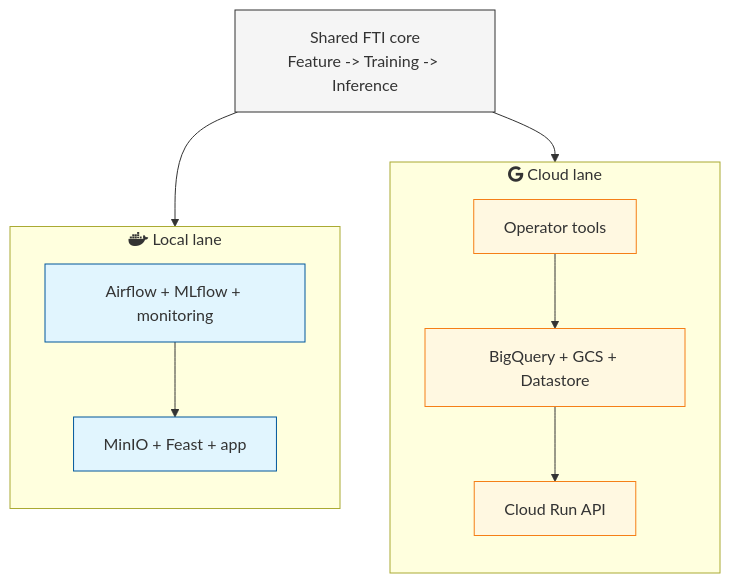
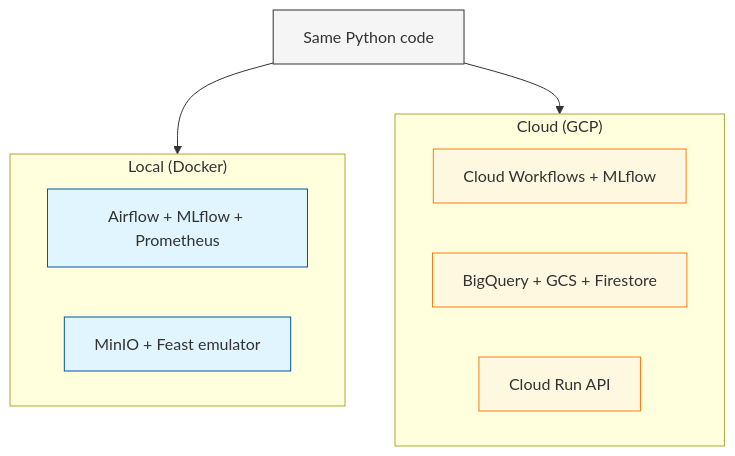
The diagram in docs/site/system/cloud-mapping.md (javihslu/foehncast), drawn with Mermaid before and after one commit. The commit also changed other lines of this file and 12 other files, not shown here.

```diff
--- a/docs/site/system/cloud-mapping.md
+++ b/docs/site/system/cloud-mapping.md
@@ -46,27 +7,24 @@
 <div class="mermaid">
 flowchart TD
     classDef core fill:#f5f5f5,stroke:#333
     classDef local fill:#e1f5fe,stroke:#01579b
     classDef cloud fill:#fff8e1,stroke:#f57f17
 
-    CORE["Shared FTI core\nFeature -> Training -> Inference"]:::core
+    CORE["Same Python code"]:::core
 
-    subgraph LocalSurface ["fab:fa-docker Local lane"]
-        direction TB
-        LSUP["Airflow + MLflow + monitoring"]:::local
-        LAPP["MinIO + Feast + app"]:::local
-        LSUP --> LAPP
+    subgraph Local ["Local (Docker)"]
+        direction LR
+        LSUP["Airflow + MLflow + Prometheus"]:::local
+        LDATA["MinIO + Feast emulator"]:::local
     end
 
-    subgraph CloudSurface ["fab:fa-google Cloud lane"]
-        direction TB
-        COPS["Operator tools"]:::cloud
-        CDATA["BigQuery + GCS + Datastore"]:::cloud
+    subgraph Cloud ["Cloud (GCP)"]
+        direction LR
+        COPS["Cloud Workflows + MLflow"]:::cloud
+        CDATA["BigQuery + GCS + Firestore"]:::cloud
         CAPI["Cloud Run API"]:::cloud
-        COPS --> CDATA
-        CDATA --> CAPI
     end
 
-    CORE --> LocalSurface
-    CORE --> CloudSurface
+    CORE --> Local
+    CORE --> Cloud
 </div>
```
